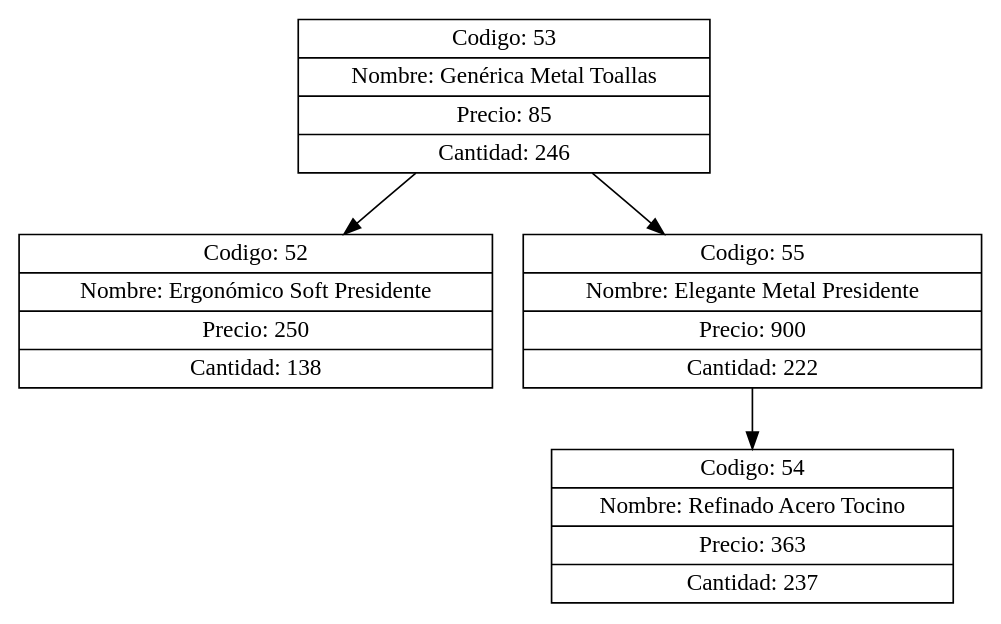
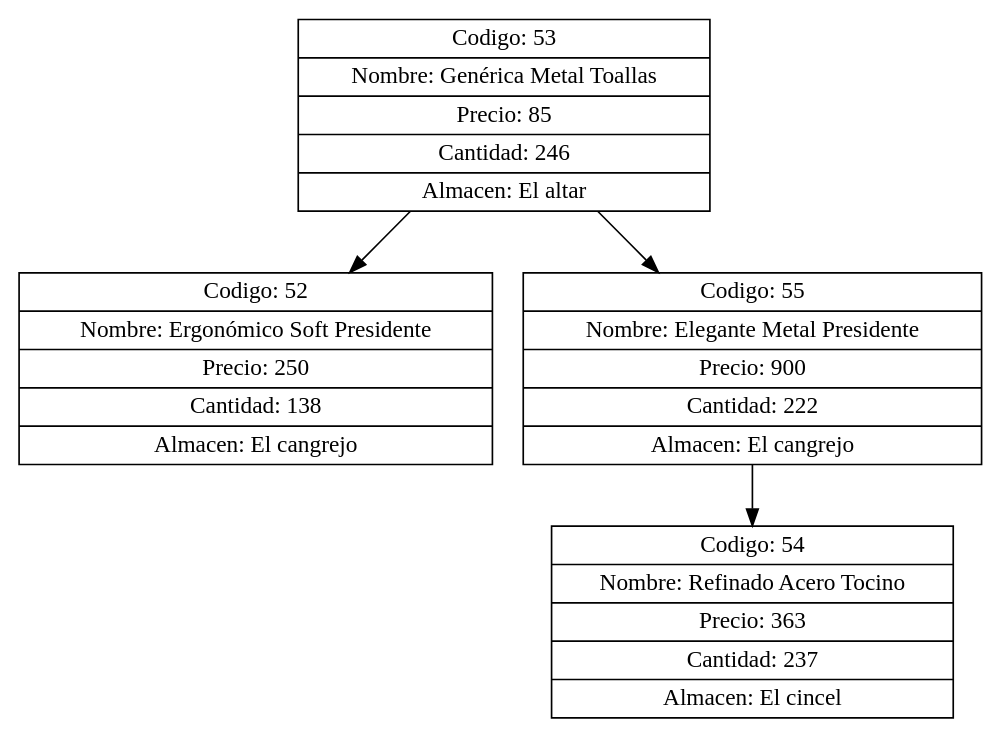
One commit to Pdante1897/EDD_VirtualMall_201700945 changed the diagram in src/Graphviz/files/ArbolAtencioyDelafuente1.dot. Above: the diagram before and after it, drawn with Graphviz. The commit also changed 91 other files, not shown here.

```diff
--- a/src/Graphviz/files/ArbolAtencioyDelafuente1.dot
+++ b/src/Graphviz/files/ArbolAtencioyDelafuente1.dot
@@ -1,10 +1,10 @@
 digraph G{
 node[shape="box" shape="record"]
-nodo53[label="{ Codigo: 53 | Nombre: Genérica Metal Toallas | Precio: 85 | Cantidad: 246}"];
-nodo52[label="{ Codigo: 52 | Nombre: Ergonómico Soft Presidente | Precio: 250 | Cantidad: 138}"];
+nodo53[label="{ Codigo: 53 | Nombre: Genérica Metal Toallas | Precio: 85 | Cantidad: 246 | Almacen: El altar}"];
+nodo52[label="{ Codigo: 52 | Nombre: Ergonómico Soft Presidente | Precio: 250 | Cantidad: 138 | Almacen: El cangrejo}"];
 nodo53->nodo52;
-nodo55[label="{ Codigo: 55 | Nombre: Elegante Metal Presidente | Precio: 900 | Cantidad: 222}"];
-nodo54[label="{ Codigo: 54 | Nombre: Refinado Acero Tocino | Precio: 363 | Cantidad: 237}"];
+nodo55[label="{ Codigo: 55 | Nombre: Elegante Metal Presidente | Precio: 900 | Cantidad: 222 | Almacen: El cangrejo}"];
+nodo54[label="{ Codigo: 54 | Nombre: Refinado Acero Tocino | Precio: 363 | Cantidad: 237 | Almacen: El cincel}"];
 nodo55->nodo54;
 nodo53->nodo55;
 }
```
